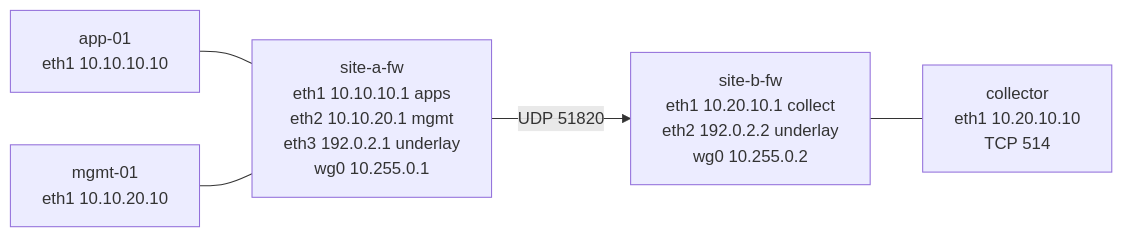
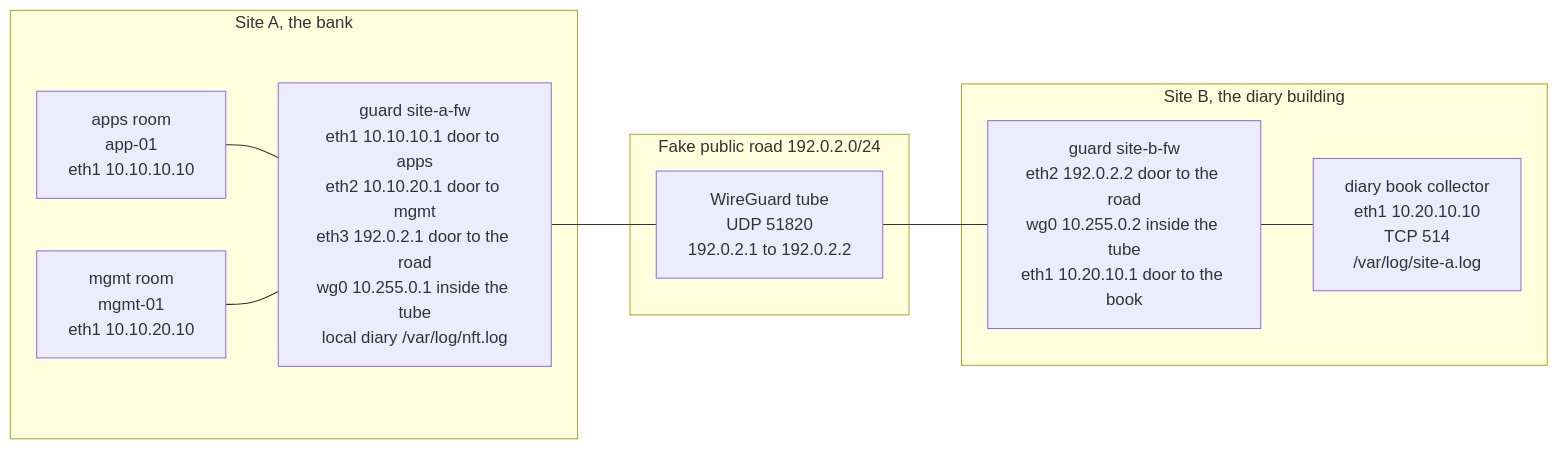
Before and after one commit to Douglasdadog/hm-network-home-lab: the first of 3 diagrams in docs/topology.md, drawn with Mermaid. The commit also changed other lines of this file, not shown here.

First line of the commit message:
Draw the topology as the ping that dies and the diary line that crosses.

````diff
--- a/docs/topology.md
+++ b/docs/topology.md
@@ -9,13 +11,22 @@
 ```mermaid
 flowchart LR
-  app01["app-01<br/>eth1 10.10.10.10"]
-  mgmt01["mgmt-01<br/>eth1 10.10.20.10"]
-  fwA["site-a-fw<br/>eth1 10.10.10.1 apps<br/>eth2 10.10.20.1 mgmt<br/>eth3 192.0.2.1 underlay<br/>wg0 10.255.0.1"]
-  fwB["site-b-fw<br/>eth1 10.20.10.1 collect<br/>eth2 192.0.2.2 underlay<br/>wg0 10.255.0.2"]
-  col["collector<br/>eth1 10.20.10.10<br/>TCP 514"]
+  subgraph siteA ["Site A, the bank"]
+    app01["apps room<br/>app-01<br/>eth1 10.10.10.10"]
+    mgmt01["mgmt room<br/>mgmt-01<br/>eth1 10.10.20.10"]
+    fwA["guard site-a-fw<br/>eth1 10.10.10.1 door to apps<br/>eth2 10.10.20.1 door to mgmt<br/>eth3 192.0.2.1 door to the road<br/>wg0 10.255.0.1 inside the tube<br/>local diary /var/log/nft.log"]
+    app01 --- fwA
+    mgmt01 --- fwA
+  end
 
-  app01 --- fwA
-  mgmt01 --- fwA
-  fwA -->|"UDP 51820"| fwB
-  fwB --- col
+  subgraph road ["Fake public road 192.0.2.0/24"]
+    tube["WireGuard tube<br/>UDP 51820<br/>192.0.2.1 to 192.0.2.2"]
+  end
+
+  subgraph siteB ["Site B, the diary building"]
+    fwB["guard site-b-fw<br/>eth2 192.0.2.2 door to the road<br/>wg0 10.255.0.2 inside the tube<br/>eth1 10.20.10.1 door to the book"]
+    col["diary book collector<br/>eth1 10.20.10.10<br/>TCP 514<br/>/var/log/site-a.log"]
+    fwB --- col
+  end
+
+  fwA --- tube --- fwB
 ```
````
